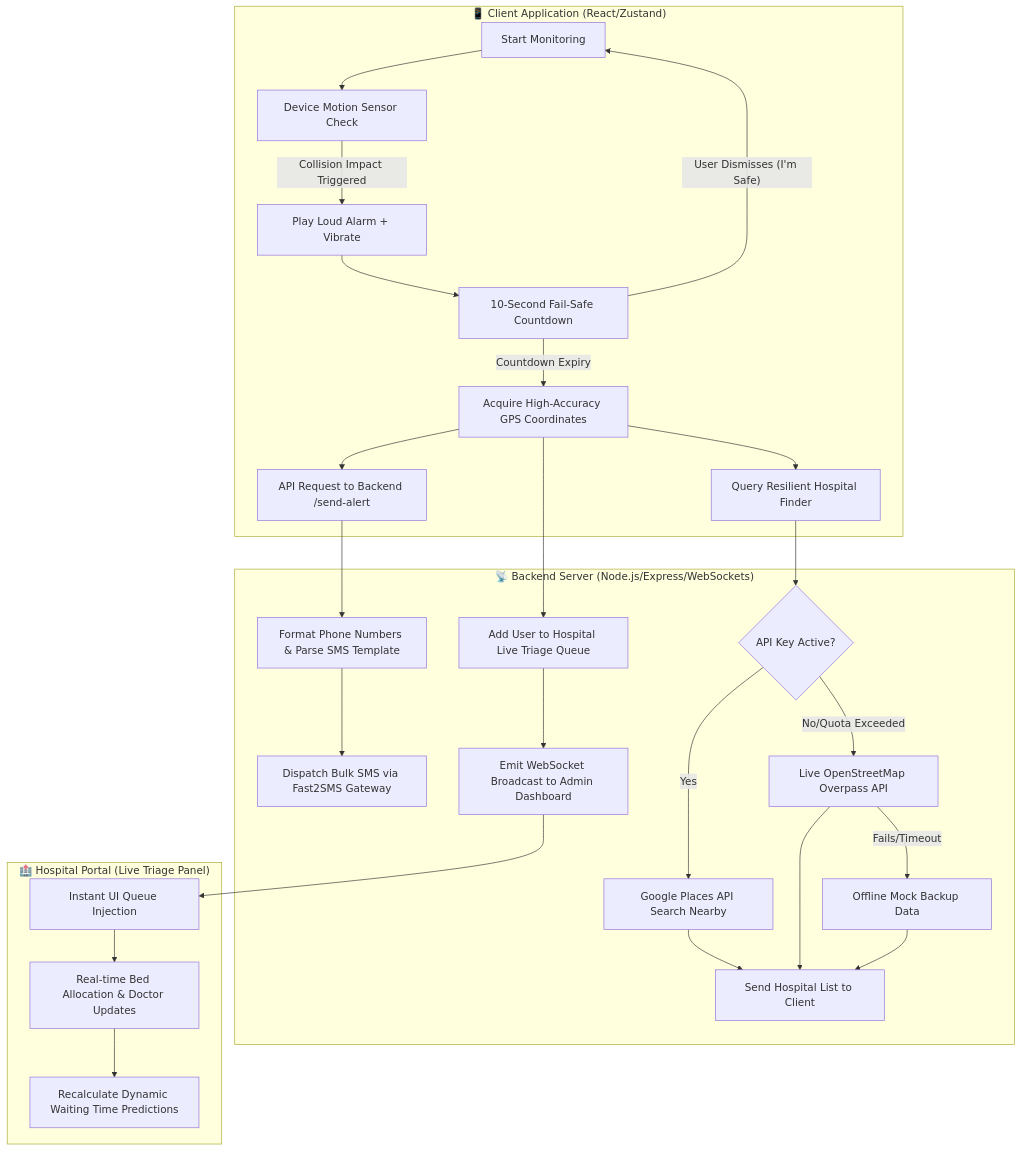
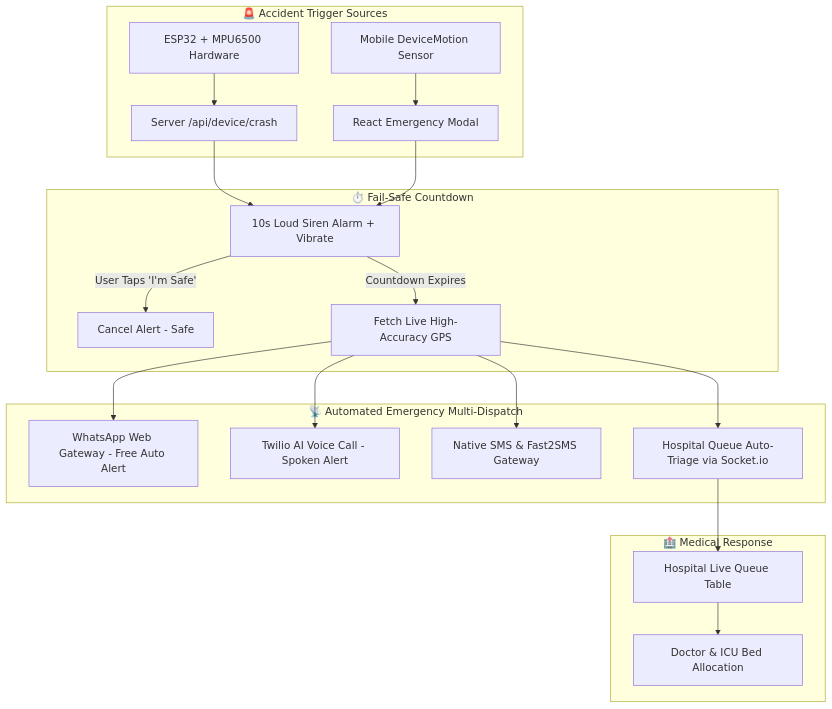
The diagram in README.md (its-Sittu/LifeSensorX), drawn with Mermaid before and after one commit. The commit also changed other lines of this file, not shown here.

Commit message:
docs: update comprehensive and clean README with WhatsApp gateway, Twilio AI voice, and IoT crash architecture

````diff
--- a/README.md
+++ b/README.md
@@ -26,34 +51,25 @@
 ```mermaid
 flowchart TD
-    subgraph Client ["📱 Client Application (React/Zustand)"]
-        A[Start Monitoring] --> B[Device Motion Sensor Check]
-        B -- "Collision Impact Triggered" --> C[Play Loud Alarm + Vibrate]
-        C --> D[10-Second Fail-Safe Countdown]
-        
-        D -- "User Dismisses (I'm Safe)" --> A
-        
-        D -- "Countdown Expiry" --> E[Acquire High-Accuracy GPS Coordinates]
-        E --> F[API Request to Backend /send-alert]
-        E --> G[Query Resilient Hospital Finder]
+    subgraph Trigger ["🚨 Accident Trigger Sources"]
+        A1[ESP32 + MPU6500 Hardware] --> B[Server /api/device/crash]
+        A2[Mobile DeviceMotion Sensor] --> C[React Emergency Modal]
     end
 
-  subgraph Backend ["📡 Backend Server (Node.js/Express/WebSockets)"]
-        F --> H[Format Phone Numbers & Parse SMS Template]
-        H --> I[Dispatch Bulk SMS via Fast2SMS Gateway]
-        
-        G --> J{API Key Active?}
-        J -- "Yes" --> K[Google Places API Search Nearby]
-        J -- "No/Quota Exceeded" --> L[Live OpenStreetMap Overpass API]
-        L -- "Fails/Timeout" --> M[Offline Mock Backup Data]
-        
-        K & L & M --> N[Send Hospital List to Client]
-        E --> O[Add User to Hospital Live Triage Queue]
-        O --> P[Emit WebSocket Broadcast to Admin Dashboard]
+    subgraph Alarm ["⏱️ Fail-Safe Countdown"]
+        B & C --> D[10s Loud Siren Alarm + Vibrate]
+        D -- "User Taps 'I'm Safe'" --> E[Cancel Alert - Safe]
+        D -- "Countdown Expires" --> F[Fetch Live High-Accuracy GPS]
     end
 
-    subgraph Hospital ["🏥 Hospital Portal (Live Triage Panel)"]
-        P --> Q[Instant UI Queue Injection]
-        Q --> R[Real-time Bed Allocation & Doctor Updates]
-        R --> S[Recalculate Dynamic Waiting Time Predictions]
+    subgraph Dispatch ["📡 Automated Emergency Multi-Dispatch"]
+        F --> G[WhatsApp Web Gateway - Free Auto Alert]
+        F --> H[Twilio AI Voice Call - Spoken Alert]
+        F --> I[Native SMS & Fast2SMS Gateway]
+        F --> J[Hospital Queue Auto-Triage via Socket.io]
+    end
+
+    subgraph Hospital ["🏥 Medical Response"]
+        J --> K[Hospital Live Queue Table]
+        K --> L[Doctor & ICU Bed Allocation]
     end
 ```
````
